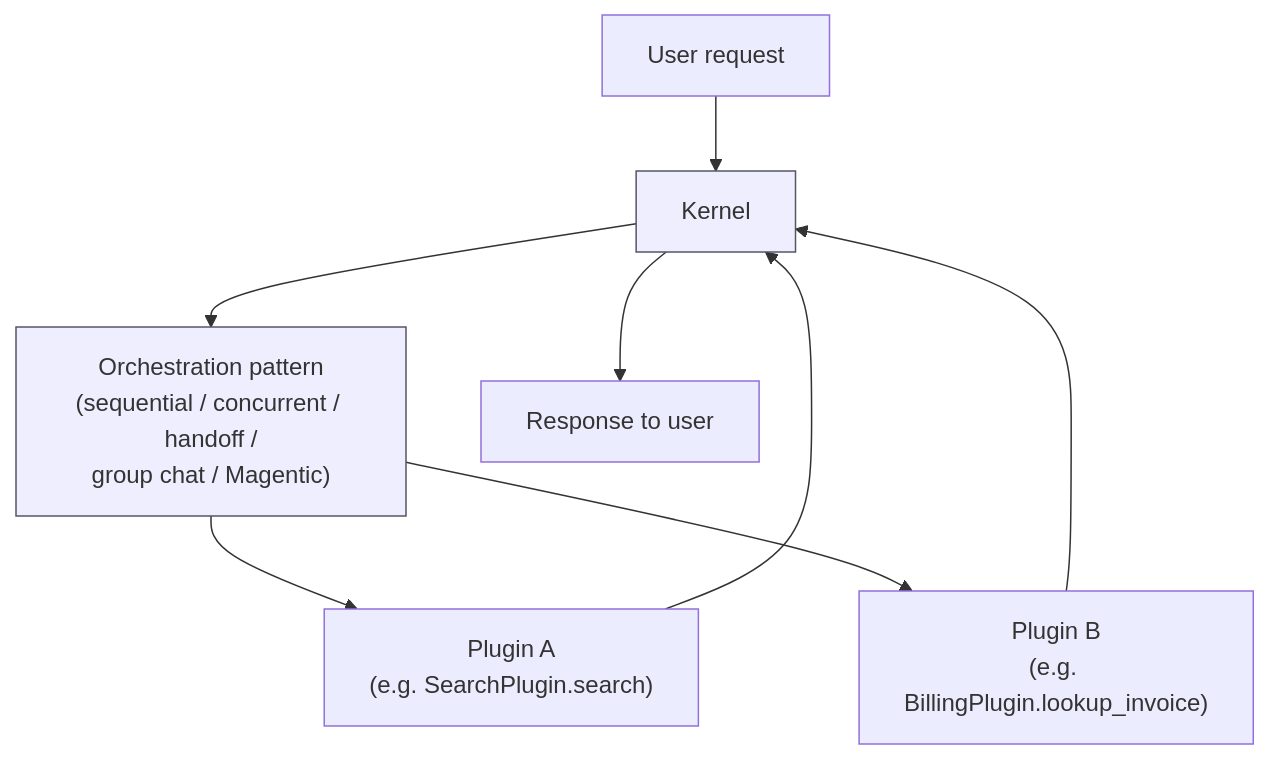
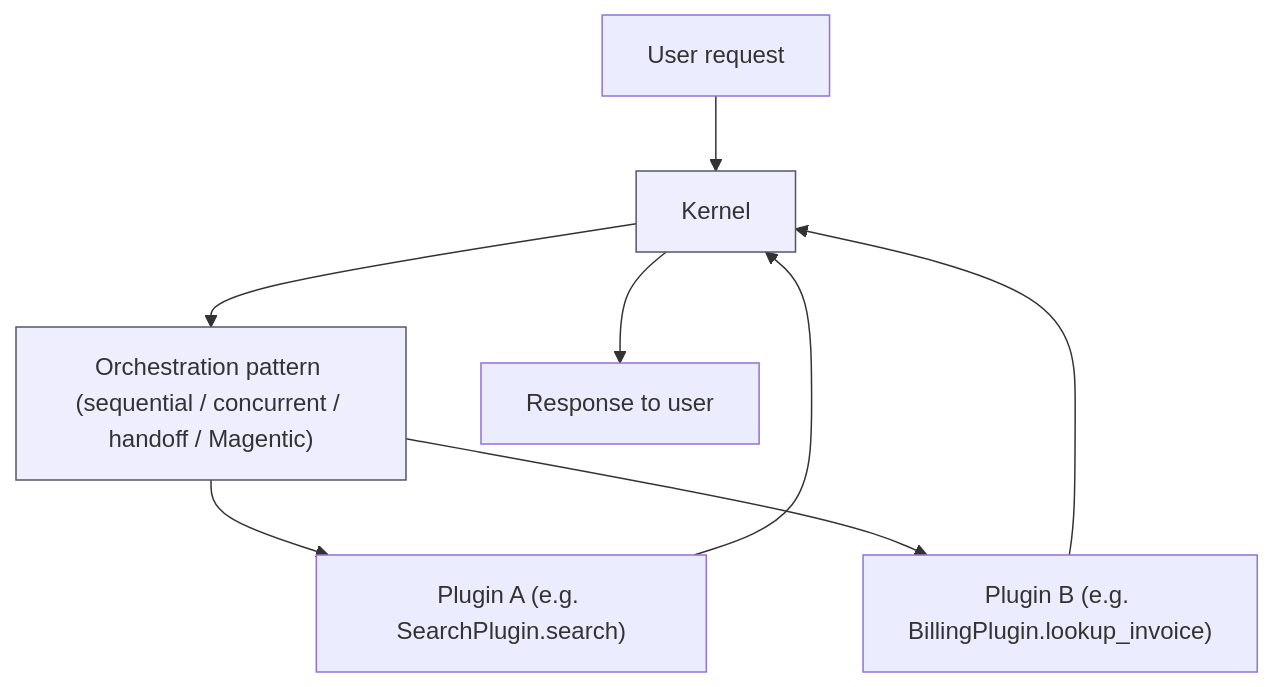
One commit to dsgouda7/ai-portfolio changed the first of 2 diagrams in learning/agentic-ai-system-design/13-semantic-kernel-vs-langgraph.md. Above: the diagram before and after it, drawn with Mermaid. The commit also changed 11 other files, not shown here.

````diff
--- a/learning/agentic-ai-system-design/13-semantic-kernel-vs-langgraph.md
+++ b/learning/agentic-ai-system-design/13-semantic-kernel-vs-langgraph.md
@@ -225,13 +225,13 @@
 ```mermaid
 flowchart TD
     User[User request] --> Kernel[Kernel]
-    Kernel --> Orchestration["Orchestration pattern\n(sequential / concurrent / handoff /\ngroup chat / Magentic)"]
-    Orchestration --> PluginA["Plugin A\n(e.g. SearchPlugin.search)"]
-    Orchestration --> PluginB["Plugin B\n(e.g. BillingPlugin.lookup_invoice)"]
+    Kernel --> Orchestration["Orchestration pattern (sequential / concurrent / handoff / Magentic)"]
+    Orchestration --> PluginA["Plugin A (e.g. SearchPlugin.search)"]
+    Orchestration --> PluginB["Plugin B (e.g. BillingPlugin.lookup_invoice)"]
     PluginA --> Kernel
     PluginB --> Kernel
     Kernel --> Response[Response to user]
 
     classDef sk fill:#eef,stroke:#556,stroke-width:1px;
     class Kernel,Orchestration sk
 ```
````
